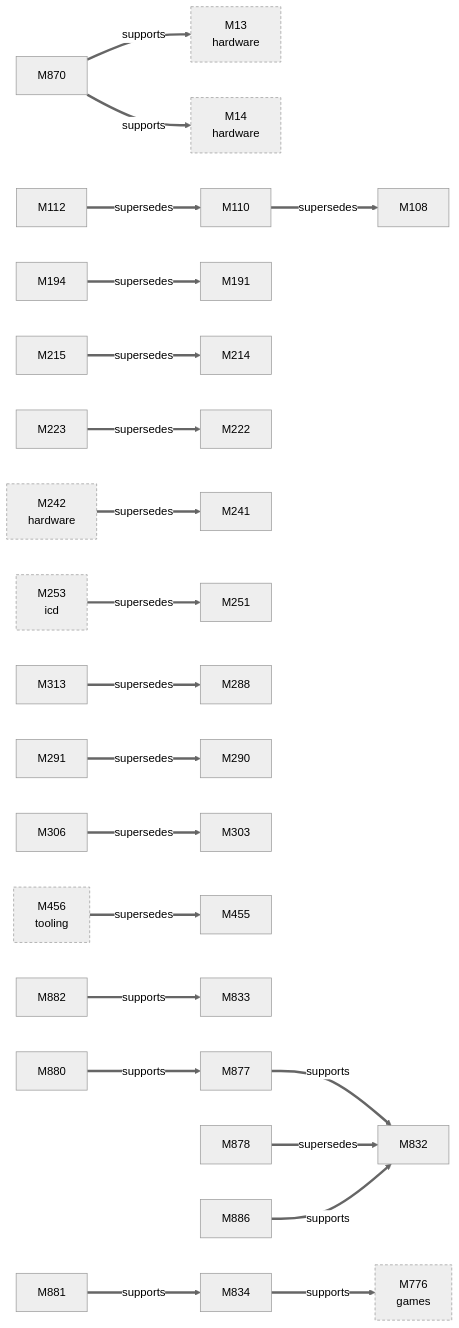
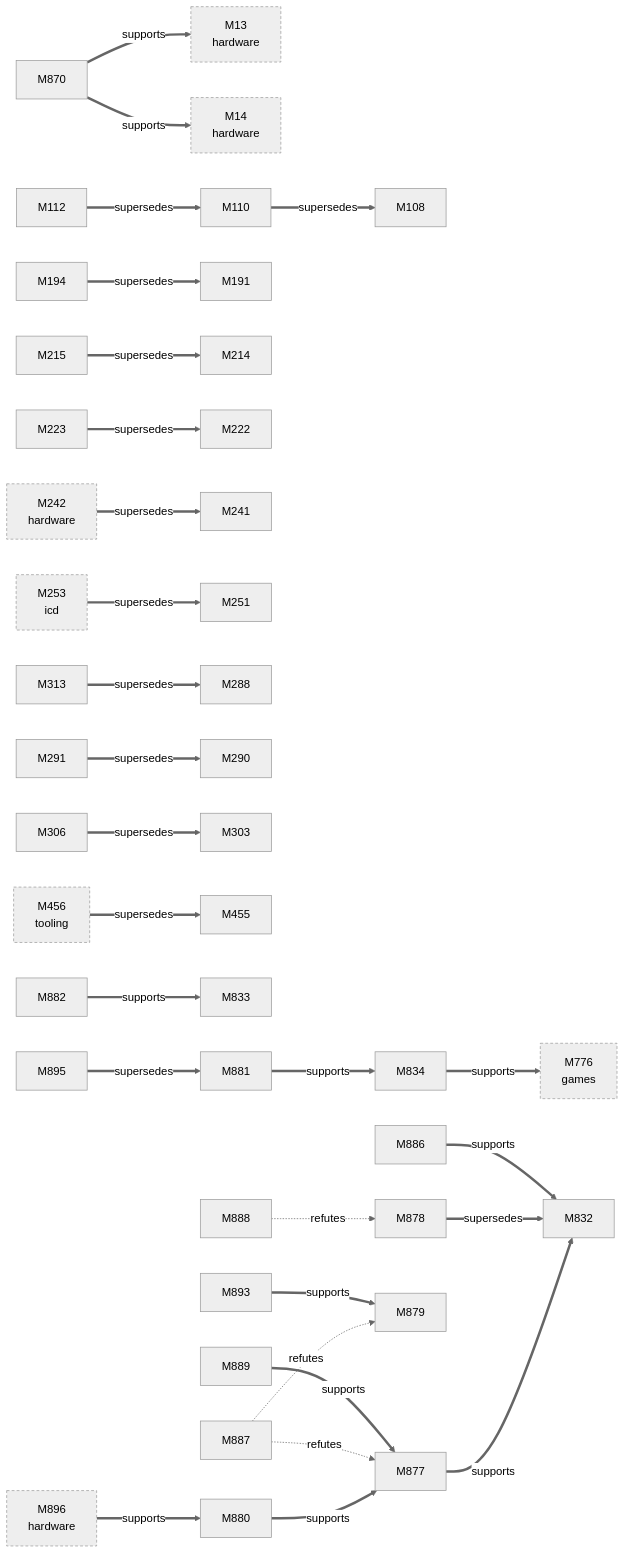
Before and after one commit to D-Ogi/amdgpu-wddm: the first of 3 diagrams in docs/facts/graphs/kmd.md, drawn with Mermaid (neutral theme). The commit also changed other lines of this file and 119 other files, not shown here.

````diff
--- a/docs/facts/graphs/kmd.md
+++ b/docs/facts/graphs/kmd.md
@@ -9,59 +9,73 @@
 ```mermaid
 flowchart LR
   M13["M13<br/>hardware"]
   M14["M14<br/>hardware"]
   M108["M108"]
   M110["M110"]
   M112["M112"]
   M191["M191"]
   M194["M194"]
   M214["M214"]
   M215["M215"]
   M222["M222"]
   M223["M223"]
   M241["M241"]
   M242["M242<br/>hardware"]
   M251["M251"]
   M253["M253<br/>icd"]
   M288["M288"]
   M290["M290"]
   M291["M291"]
   M303["M303"]
   M306["M306"]
   M313["M313"]
   M455["M455"]
   M456["M456<br/>tooling"]
   M776["M776<br/>games"]
   M832["M832"]
   M833["M833"]
   M834["M834"]
   M870["M870"]
   M877["M877"]
   M878["M878"]
+  M879["M879"]
   M880["M880"]
   M881["M881"]
   M882["M882"]
   M886["M886"]
+  M887["M887"]
+  M888["M888"]
+  M889["M889"]
+  M893["M893"]
+  M895["M895"]
+  M896["M896<br/>hardware"]
   M242 ==>|supersedes| M241
+  M896 ==>|supports| M880
   M110 ==>|supersedes| M108
   M112 ==>|supersedes| M110
   M194 ==>|supersedes| M191
   M215 ==>|supersedes| M214
   M223 ==>|supersedes| M222
   M291 ==>|supersedes| M290
   M306 ==>|supersedes| M303
   M313 ==>|supersedes| M288
   M834 ==>|supports| M776
   M870 ==>|supports| M13
   M870 ==>|supports| M14
   M877 ==>|supports| M832
   M878 ==>|supersedes| M832
   M880 ==>|supports| M877
   M881 ==>|supports| M834
   M882 ==>|supports| M833
   M886 ==>|supports| M832
+  M887 -.->|refutes| M877
+  M887 -.->|refutes| M879
+  M888 -.->|refutes| M878
+  M889 ==>|supports| M877
+  M893 ==>|supports| M879
+  M895 ==>|supersedes| M881
   M253 ==>|supersedes| M251
   M456 ==>|supersedes| M455
   classDef other stroke-dasharray:4 3
-  class M13,M14,M242,M253,M456,M776 other
+  class M13,M14,M242,M253,M456,M776,M896 other
 ```
````
